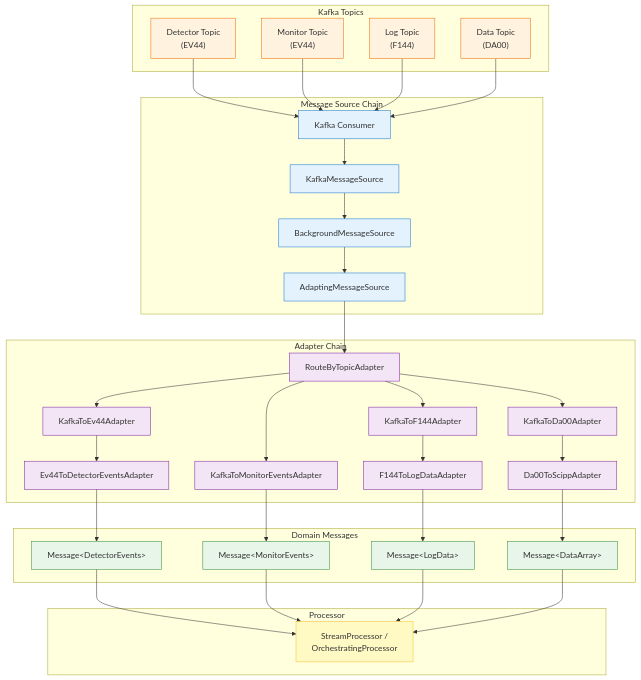
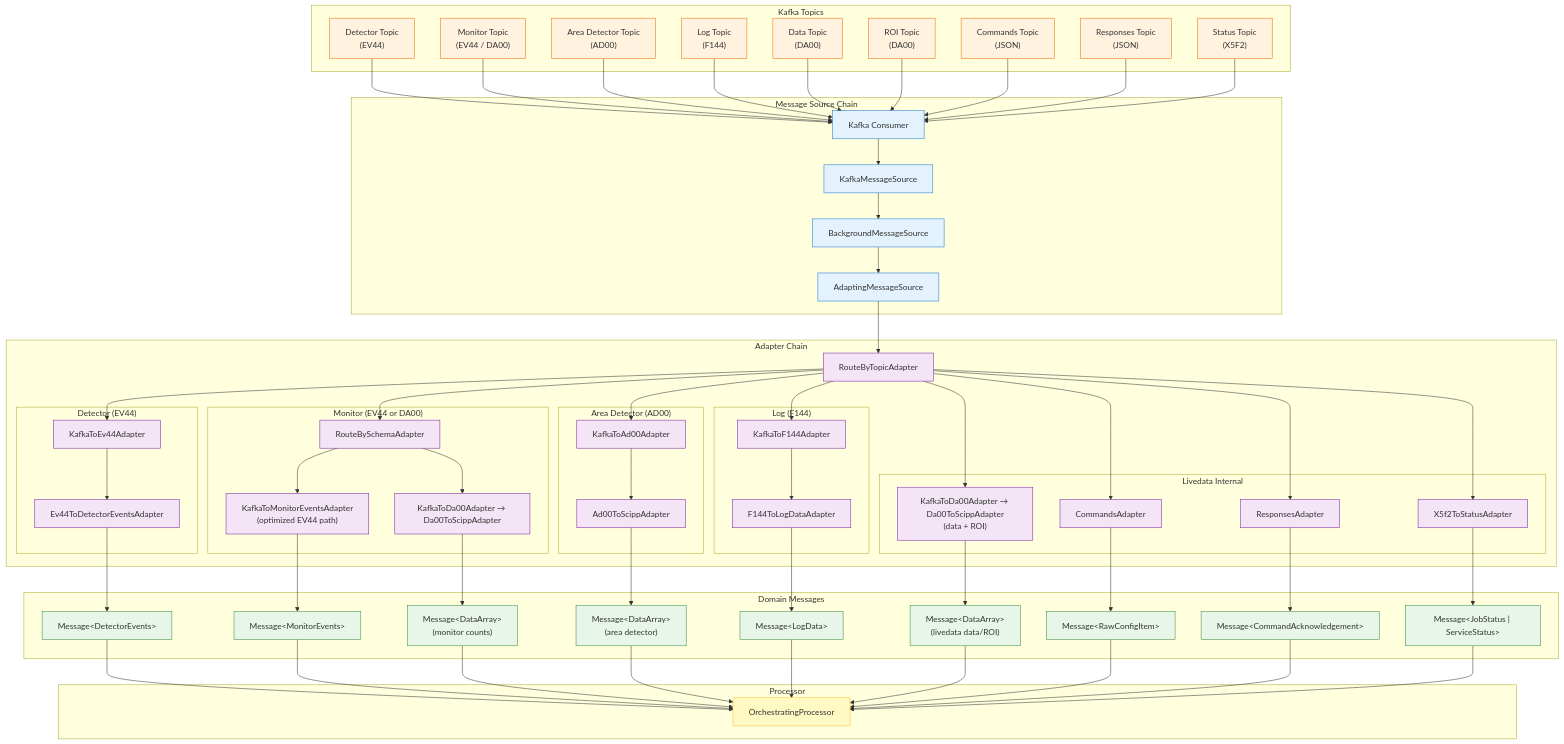
The diagram in docs/developer/design/message-flow-and-transformation.md (scipp/esslivedata), drawn with Mermaid before and after one commit. The commit also changed other lines of this file and 4 other files, not shown here.

````diff
--- a/docs/developer/design/message-flow-and-transformation.md
+++ b/docs/developer/design/message-flow-and-transformation.md
@@ -12,9 +12,14 @@
 flowchart TB
     subgraph Kafka["Kafka Topics"]
         DetTopic["Detector Topic<br/>(EV44)"]
-        MonTopic["Monitor Topic<br/>(EV44)"]
+        MonTopic["Monitor Topic<br/>(EV44 / DA00)"]
+        ADTopic["Area Detector Topic<br/>(AD00)"]
         LogTopic["Log Topic<br/>(F144)"]
         DataTopic["Data Topic<br/>(DA00)"]
+        ROITopic["ROI Topic<br/>(DA00)"]
+        CmdTopic["Commands Topic<br/>(JSON)"]
+        RespTopic["Responses Topic<br/>(JSON)"]
+        StatusTopic["Status Topic<br/>(X5F2)"]
     end
 
     subgraph Source["Message Source Chain"]
@@ -26,53 +31,93 @@
 
     subgraph Adaptation["Adapter Chain"]
         RTA[RouteByTopicAdapter]
-        EV44A[KafkaToEv44Adapter]
-        DetA[Ev44ToDetectorEventsAdapter]
-        MonA[KafkaToMonitorEventsAdapter]
-        F144A[KafkaToF144Adapter]
-        LogA[F144ToLogDataAdapter]
-        DA00A[KafkaToDa00Adapter]
-        ScippA[Da00ToScippAdapter]
+
+        subgraph DetRoute["Detector (EV44)"]
+            EV44A[KafkaToEv44Adapter]
+            DetA[Ev44ToDetectorEventsAdapter]
+        end
+
+        subgraph MonRoute["Monitor (EV44 or DA00)"]
+            RSA["RouteBySchemaAdapter"]
+            MonA["KafkaToMonitorEventsAdapter<br/>(optimized EV44 path)"]
+            MonDA00["KafkaToDa00Adapter → Da00ToScippAdapter"]
+        end
+
+        subgraph ADRoute["Area Detector (AD00)"]
+            AD00A[KafkaToAd00Adapter]
+            ADScipp[Ad00ToScippAdapter]
+        end
+
+        subgraph LogRoute["Log (F144)"]
+            F144A[KafkaToF144Adapter]
+            LogA[F144ToLogDataAdapter]
+        end
+
+        subgraph LivedataRoute["Livedata Internal"]
+            DA00A["KafkaToDa00Adapter → Da00ToScippAdapter<br/>(data + ROI)"]
+            CmdA[CommandsAdapter]
+            RespA[ResponsesAdapter]
+            StatusA[X5f2ToStatusAdapter]
+        end
     end
 
     subgraph Domain["Domain Messages"]
         DetMsg["Message&lt;DetectorEvents&gt;"]
-        MonMsg["Message&lt;MonitorEvents&gt;"]
+        MonEvtMsg["Message&lt;MonitorEvents&gt;"]
+        MonCntMsg["Message&lt;DataArray&gt;<br/>(monitor counts)"]
+        ADMsg["Message&lt;DataArray&gt;<br/>(area detector)"]
         LogMsg["Message&lt;LogData&gt;"]
-        DataMsg["Message&lt;DataArray&gt;"]
+        DataMsg["Message&lt;DataArray&gt;<br/>(livedata data/ROI)"]
+        CmdMsg["Message&lt;RawConfigItem&gt;"]
+        RespMsg["Message&lt;CommandAcknowledgement&gt;"]
+        StatusMsg["Message&lt;JobStatus | ServiceStatus&gt;"]
     end
 
     subgraph Processing["Processor"]
-        P[StreamProcessor /<br/>OrchestratingProcessor]
+        P[OrchestratingProcessor]
     end
 
     DetTopic --> KC
     MonTopic --> KC
+    ADTopic --> KC
     LogTopic --> KC
     DataTopic --> KC
+    ROITopic --> KC
+    CmdTopic --> KC
+    RespTopic --> KC
+    StatusTopic --> KC
 
-    KC --> KMS
-    KMS --> BMS
-    BMS --> AMS
+    KC --> KMS --> BMS --> AMS
 
     AMS --> RTA
     RTA --> EV44A
-    RTA --> MonA
+    RTA --> RSA
+    RTA --> AD00A
     RTA --> F144A
     RTA --> DA00A
+    RTA --> CmdA
+    RTA --> RespA
+    RTA --> StatusA
 
-    EV44A --> DetA
-    DetA --> DetMsg
-    MonA --> MonMsg
-    F144A --> LogA
-    LogA --> LogMsg
-    DA00A --> ScippA
-    ScippA --> DataMsg
+    EV44A --> DetA --> DetMsg
+    RSA --> MonA --> MonEvtMsg
+    RSA --> MonDA00 --> MonCntMsg
+    AD00A --> ADScipp --> ADMsg
+    F144A --> LogA --> LogMsg
+    DA00A --> DataMsg
+    CmdA --> CmdMsg
+    RespA --> RespMsg
+    StatusA --> StatusMsg
 
     DetMsg --> P
-    MonMsg --> P
+    MonEvtMsg --> P
+    MonCntMsg --> P
+    ADMsg --> P
     LogMsg --> P
     DataMsg --> P
+    CmdMsg --> P
+    RespMsg --> P
+    StatusMsg --> P
 
     classDef kafka fill:#fff3e0,stroke:#ef6c00;
     classDef source fill:#e3f2fd,stroke:#1976d2;
@@ -80,9 +125,9 @@
     classDef domain fill:#e8f5e9,stroke:#388e3c;
     classDef processor fill:#fff9c4,stroke:#fbc02d;
 
-    class DetTopic,MonTopic,LogTopic,DataTopic kafka;
+    class DetTopic,MonTopic,ADTopic,LogTopic,DataTopic,ROITopic,CmdTopic,RespTopic,StatusTopic kafka;
     class KC,KMS,BMS,AMS source;
-    class RTA,EV44A,DetA,MonA,F144A,LogA,DA00A,ScippA adapter;
-    class DetMsg,MonMsg,LogMsg,DataMsg domain;
+    class RTA,RSA,EV44A,DetA,MonA,MonDA00,AD00A,ADScipp,F144A,LogA,DA00A,CmdA,RespA,StatusA adapter;
+    class DetMsg,MonEvtMsg,MonCntMsg,ADMsg,LogMsg,DataMsg,CmdMsg,RespMsg,StatusMsg domain;
     class P processor;
 ```
````
